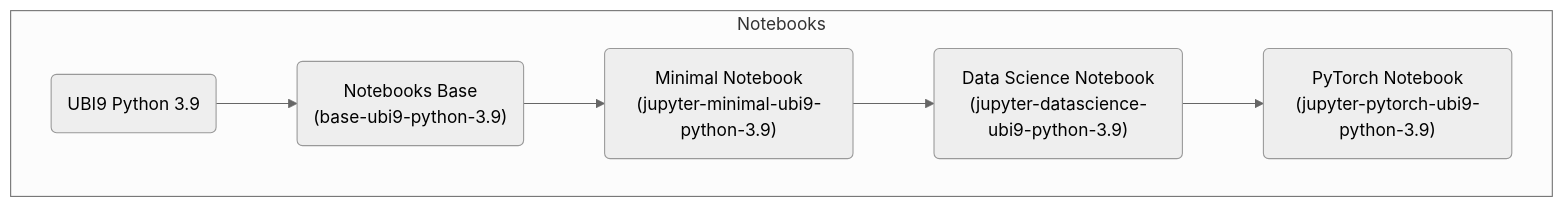
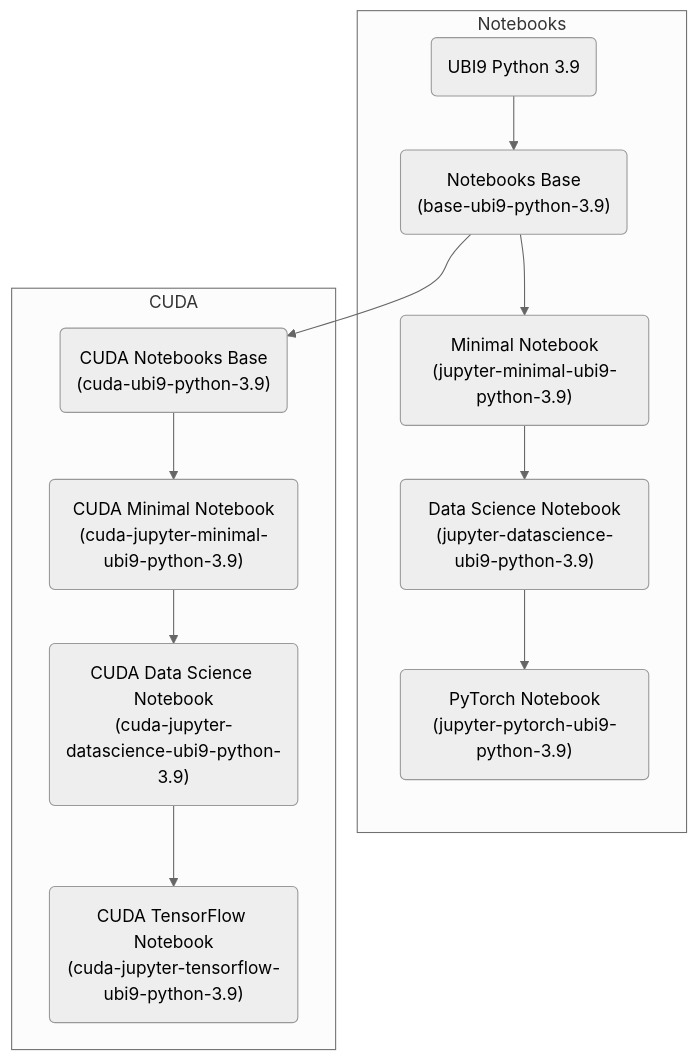
The second of 2 diagrams in README.md (opendatahub-io/notebooks), drawn with Mermaid (neutral theme) before and after one commit. The commit also changed other lines of this file and 11 other files, not shown here.

Commit message:
Update Cuda images to ubi9

````diff
--- a/README.md
+++ b/README.md
@@ -45,18 +45,32 @@
 ```mermaid
 graph TB
     subgraph Notebooks
         %% Nodes
         ubi9-python-3.9(UBI9 Python 3.9);
         base-ubi9-python-3.9("Notebooks Base<br/>(base-ubi9-python-3.9)");
         jupyter-minimal-ubi9-python-3.9("Minimal Notebook<br/>(jupyter-minimal-ubi9-python-3.9)");
         jupyter-datascience-ubi9-python-3.9("Data Science Notebook<br/>(jupyter-datascience-ubi9-python-3.9)");
         jupyter-pytorch-ubi9-python-3.9("PyTorch Notebook<br/>(jupyter-pytorch-ubi9-python-3.9)");
 
         %% Edges
         ubi9-python-3.9 --> base-ubi9-python-3.9;
         base-ubi9-python-3.9 --> jupyter-minimal-ubi9-python-3.9;
         jupyter-minimal-ubi9-python-3.9 --> jupyter-datascience-ubi9-python-3.9;
         jupyter-datascience-ubi9-python-3.9 --> jupyter-pytorch-ubi9-python-3.9;
     end
 
+    subgraph CUDA
+        %% Nodes
+        cuda-ubi9-python-3.9("CUDA Notebooks Base<br/>(cuda-ubi9-python-3.9)");
+        cuda-jupyter-minimal-ubi9-python-3.9("CUDA Minimal Notebook<br/>(cuda-jupyter-minimal-ubi9-python-3.9)");
+        cuda-jupyter-datascience-ubi9-python-3.9("CUDA Data Science Notebook<br/>(cuda-jupyter-datascience-ubi9-python-3.9)");
+        cuda-jupyter-tensorflow-ubi9-python-3.9("CUDA TensorFlow Notebook<br/>(cuda-jupyter-tensorflow-ubi9-python-3.9)");
+
+        %% Edges
+        base-ubi9-python-3.9 --> cuda-ubi9-python-3.9;
+        cuda-ubi9-python-3.9 --> cuda-jupyter-minimal-ubi9-python-3.9;
+        cuda-jupyter-minimal-ubi9-python-3.9 --> cuda-jupyter-datascience-ubi9-python-3.9;
+        cuda-jupyter-datascience-ubi9-python-3.9 --> cuda-jupyter-tensorflow-ubi9-python-3.9;
+    end
+
 ```
````
